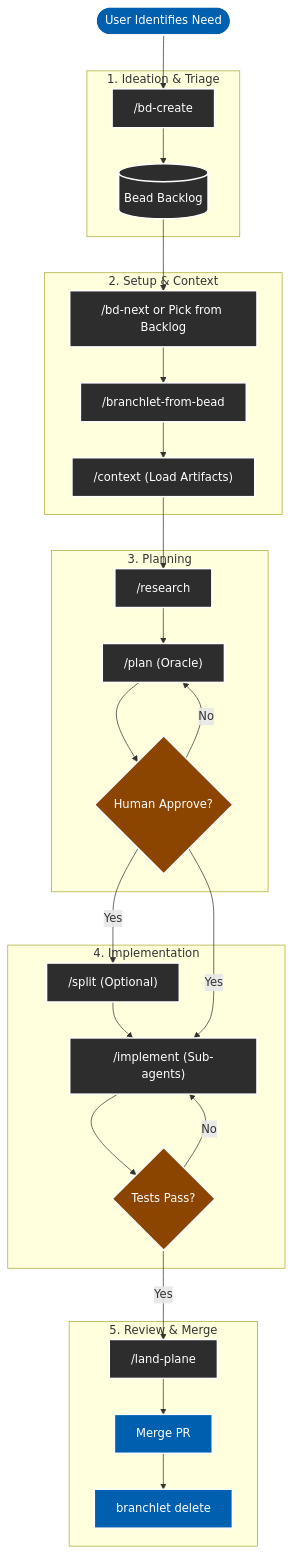
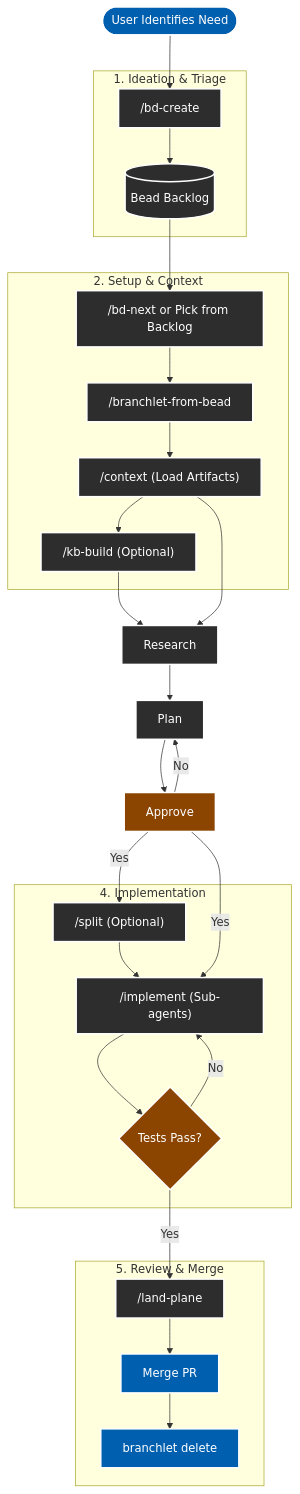
One commit to jveko/amp-maestro changed the diagram in AGENTIC_WORKFLOW.md. Above: the diagram before and after it, drawn with Mermaid. The commit also changed other lines of this file and 17 other files, not shown here.

````diff
--- a/AGENTIC_WORKFLOW.md
+++ b/AGENTIC_WORKFLOW.md
@@ -5,57 +5,54 @@
 ```mermaid
 graph TD
     %% Styling for Dark Mode readability
     classDef default fill:#2d2d2d,stroke:#fff,stroke-width:2px,color:#fff;
     classDef decision fill:#8b4500,stroke:#fff,stroke-width:2px,color:#fff;
     classDef startend fill:#005faf,stroke:#fff,stroke-width:2px,color:#fff;
 
     Start([User Identifies Need]) --> Ideation
     
     subgraph "1. Ideation & Triage"
         Ideation["/bd-create"]
         Backlog[("Bead Backlog")]
     end
     Ideation --> Backlog
     
     subgraph "2. Setup & Context"
         PickWork["/bd-next or Pick from Backlog"]
         Worktree["/branchlet-from-bead"]
         Context["/context (Load Artifacts)"]
+        Knowledge["/kb-build (Optional)"]
     end
     Backlog --> PickWork
     PickWork --> Worktree
     Worktree --> Context
-    
-    subgraph "3. Planning"
-        Research["/research"]
-        Plan["/plan (Oracle)"]
-        Approve{Human Approve?}
-    end
+    Context --> Knowledge
+    Knowledge --> Research
     Context --> Research
     Research --> Plan
     Plan --> Approve
     Approve -- No --> Plan
     
     subgraph "4. Implementation"
         Split["/split (Optional)"]
         Implement["/implement (Sub-agents)"]
         Verify{Tests Pass?}
     end
     Approve -- Yes --> Split
     Split --> Implement
     Approve -- Yes --> Implement
     Implement --> Verify
     Verify -- No --> Implement
     
     subgraph "5. Review & Merge"
         Land["/land-plane"]
         Merge[Merge PR]
         Cleanup["branchlet delete"]
     end
     Verify -- Yes --> Land
     Land --> Merge
     Merge --> Cleanup
     
     class Start,Merge,Cleanup startend;
     class Approve,Verify decision;
 ```
````
